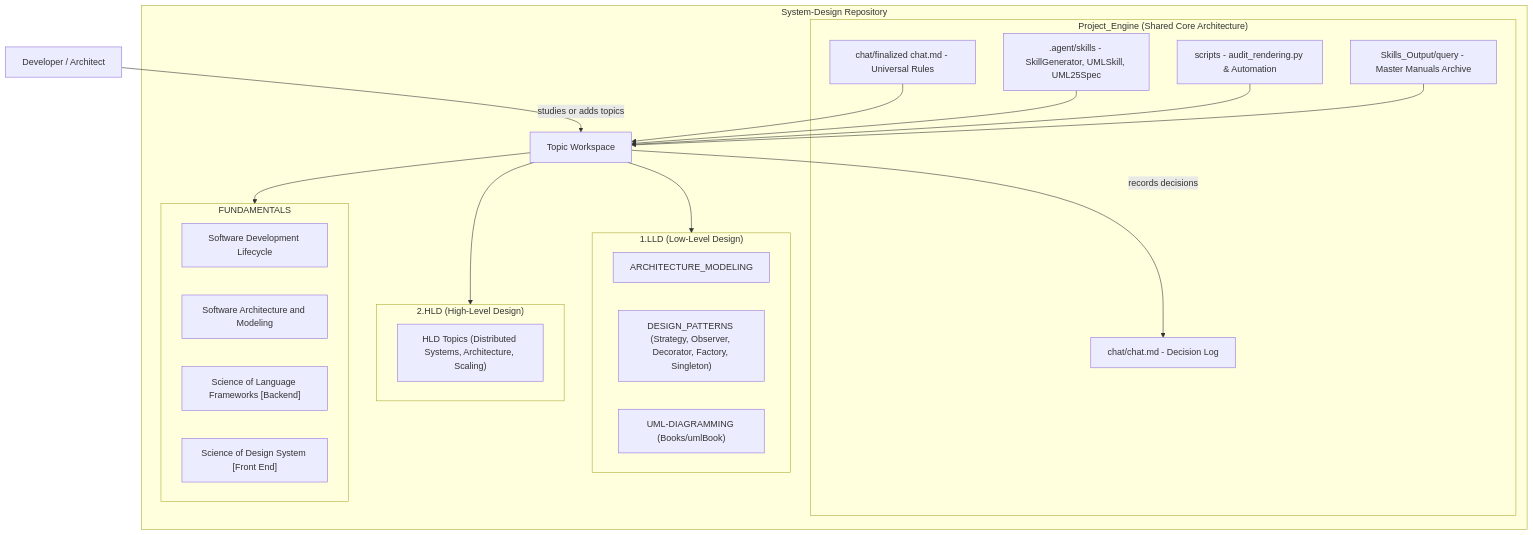
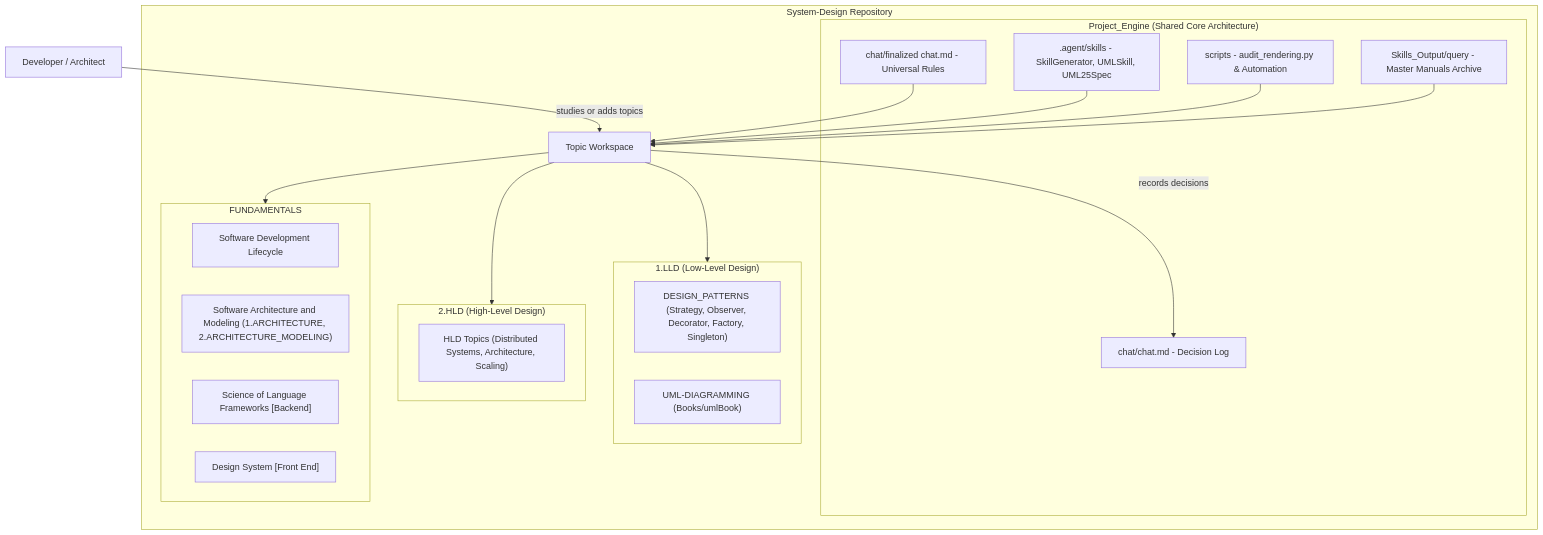
One commit to AkmKawser/System-Design changed the first of 2 diagrams in README.md. Above: the diagram before and after it, drawn with Mermaid. The commit also changed other lines of this file and 10 other files, not shown here.

Commit message:
refactor: move Architecture Modeling to FUNDAMENTALS, add Outline.md files, and update canonical tree

````diff
--- a/README.md
+++ b/README.md
@@ -11,36 +11,35 @@
 ```mermaid
 flowchart TD
     USER["Developer / Architect"] -->|"studies or adds topics"| TOPIC
     subgraph REPO["System-Design Repository"]
         subgraph ENGINE["Project_Engine (Shared Core Architecture)"]
             RULES["chat/finalized chat.md - Universal Rules"]
             SKILLS[".agent/skills - SkillGenerator, UMLSkill, UML25Spec"]
             TOOLS["scripts - audit_rendering.py & Automation"]
             OUT["Skills_Output/query - Master Manuals Archive"]
             LOG["chat/chat.md - Decision Log"]
         end
         subgraph LLD["1.LLD (Low-Level Design)"]
-            AM["ARCHITECTURE_MODELING"]
             DP["DESIGN_PATTERNS (Strategy, Observer, Decorator, Factory, Singleton)"]
             UD["UML-DIAGRAMMING (Books/umlBook)"]
         end
         subgraph HLD["2.HLD (High-Level Design)"]
             HN["HLD Topics (Distributed Systems, Architecture, Scaling)"]
         end
         subgraph FUND["FUNDAMENTALS"]
             F1["Software Development Lifecycle"]
-            F2["Software Architecture and Modeling"]
+            F2["Software Architecture and Modeling (1.ARCHITECTURE, 2.ARCHITECTURE_MODELING)"]
             F3["Science of Language Frameworks [Backend]"]
-            F4["Science of Design System [Front End]"]
+            F4["Design System [Front End]"]
         end
         TOPIC["Topic Workspace"]
     end
     RULES --> TOPIC
     SKILLS --> TOPIC
     TOOLS --> TOPIC
     OUT --> TOPIC
     TOPIC --> FUND
     TOPIC --> LLD
     TOPIC --> HLD
     TOPIC -->|"records decisions"| LOG
 ```
````
